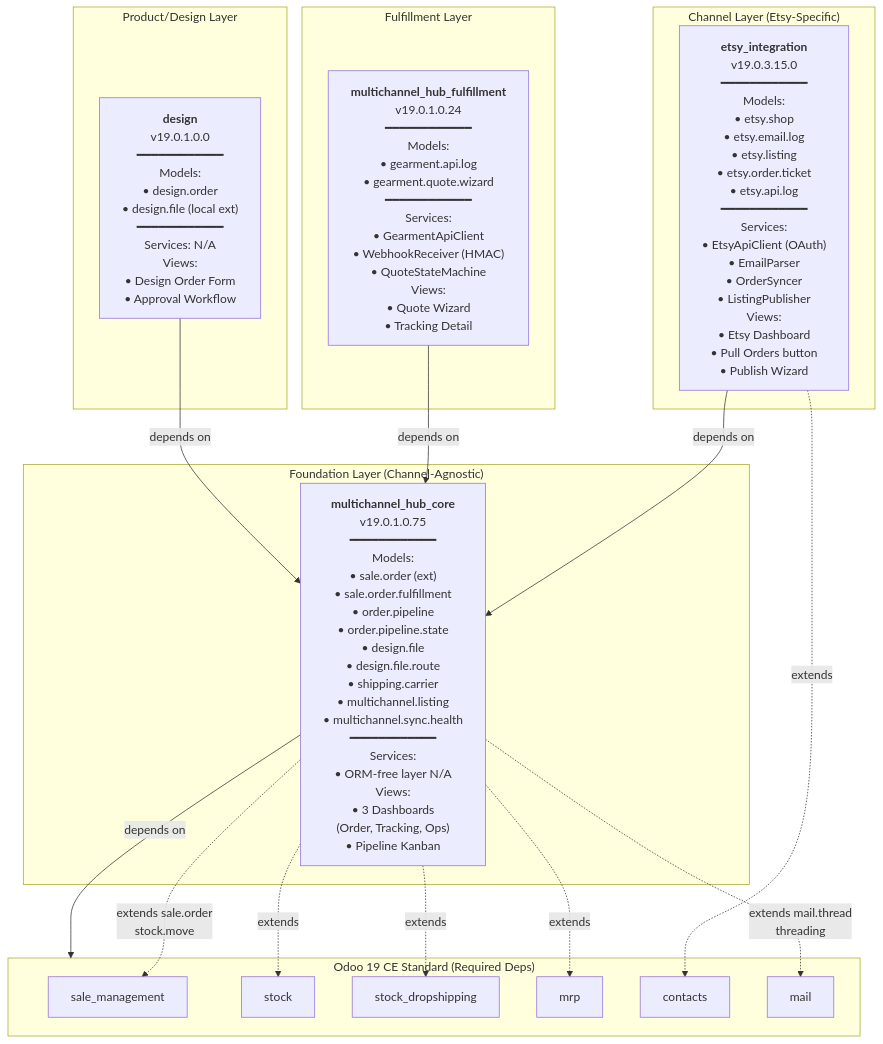
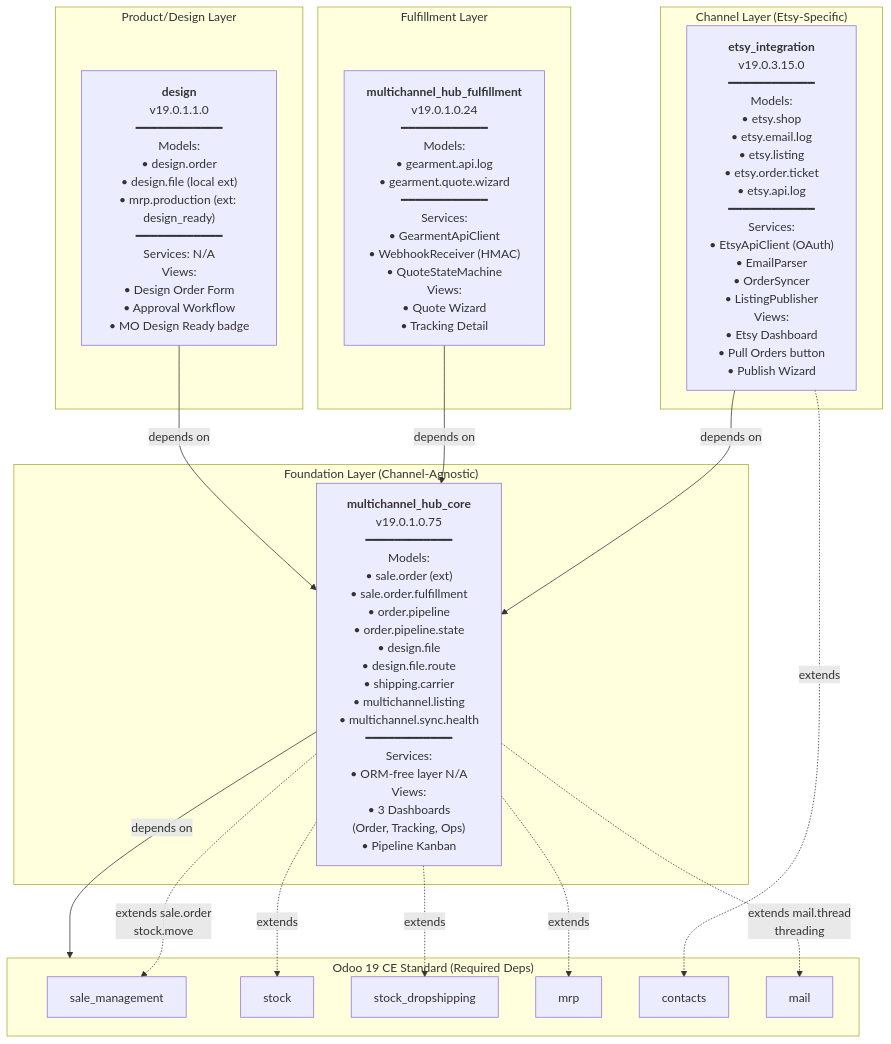
Before and after one commit to baoha-erptek/odoo: the second of 4 diagrams in docs/sds/01-architecture.md, drawn with Mermaid. The commit also changed other lines of this file and 5 other files, not shown here.

First line of the commit message:
[docs] docs(design): document ESTY-249 MO Design Ready badge across README/SDS/spec-015/owner

````diff
--- a/docs/sds/01-architecture.md
+++ b/docs/sds/01-architecture.md
@@ -74,44 +74,44 @@
 ```mermaid
 graph TD
     subgraph StdOdoo["Odoo 19 CE Standard (Required Deps)"]
         sale["sale_management"]
         stock["stock"]
         stockdrop["stock_dropshipping"]
         mrp["mrp"]
         contacts["contacts"]
         mail["mail"]
     end
 
     subgraph Foundation["Foundation Layer (Channel-Agnostic)"]
         MHC["<b>multichannel_hub_core</b><br/>v19.0.1.0.75<br/>━━━━━━━━━━━━<br/>Models:<br/>• sale.order (ext)<br/>• sale.order.fulfillment<br/>• order.pipeline<br/>• order.pipeline.state<br/>• design.file<br/>• design.file.route<br/>• shipping.carrier<br/>• multichannel.listing<br/>• multichannel.sync.health<br/>━━━━━━━━━━━━<br/>Services:<br/>• ORM-free layer N/A<br/>Views:<br/>• 3 Dashboards<br/>(Order, Tracking, Ops)<br/>• Pipeline Kanban"]
     end
 
     subgraph Channel["Channel Layer (Etsy-Specific)"]
         ETH["<b>etsy_integration</b><br/>v19.0.3.15.0<br/>━━━━━━━━━━━━<br/>Models:<br/>• etsy.shop<br/>• etsy.email.log<br/>• etsy.listing<br/>• etsy.order.ticket<br/>• etsy.api.log<br/>━━━━━━━━━━━━<br/>Services:<br/>• EtsyApiClient (OAuth)<br/>• EmailParser<br/>• OrderSyncer<br/>• ListingPublisher<br/>Views:<br/>• Etsy Dashboard<br/>• Pull Orders button<br/>• Publish Wizard"]
     end
 
     subgraph Fulfillment["Fulfillment Layer"]
         MHF["<b>multichannel_hub_fulfillment</b><br/>v19.0.1.0.24<br/>━━━━━━━━━━━━<br/>Models:<br/>• gearment.api.log<br/>• gearment.quote.wizard<br/>━━━━━━━━━━━━<br/>Services:<br/>• GearmentApiClient<br/>• WebhookReceiver (HMAC)<br/>• QuoteStateMachine<br/>Views:<br/>• Quote Wizard<br/>• Tracking Detail"]
     end
 
     subgraph Product["Product/Design Layer"]
-        Design["<b>design</b><br/>v19.0.1.0.0<br/>━━━━━━━━━━━━<br/>Models:<br/>• design.order<br/>• design.file (local ext)<br/>━━━━━━━━━━━━<br/>Services: N/A<br/>Views:<br/>• Design Order Form<br/>• Approval Workflow"]
+        Design["<b>design</b><br/>v19.0.1.1.0<br/>━━━━━━━━━━━━<br/>Models:<br/>• design.order<br/>• design.file (local ext)<br/>• mrp.production (ext: design_ready)<br/>━━━━━━━━━━━━<br/>Services: N/A<br/>Views:<br/>• Design Order Form<br/>• Approval Workflow<br/>• MO Design Ready badge"]
     end
 
     MHC -->|"depends on"| StdOdoo
     ETH -->|"depends on"| MHC
     MHF -->|"depends on"| MHC
     Design -->|"depends on"| MHC
 
     MHC -.->|"extends sale.order<br/>stock.move"| sale
     MHC -.->|"extends"| stock
     MHC -.->|"extends"| stockdrop
     MHC -.->|"extends"| mrp
     ETH -.->|"extends"| contacts
     MHC -.->|"extends mail.thread<br/>threading"| mail
 
     click MHC href "../../custom_addons/multichannel_hub_core" "View source"
     click ETH href "../../custom_addons/etsy_integration" "View source"
     click MHF href "../../custom_addons/multichannel_hub_fulfillment" "View source"
     click Design href "../../custom_addons/design" "View source"
 ```
````
